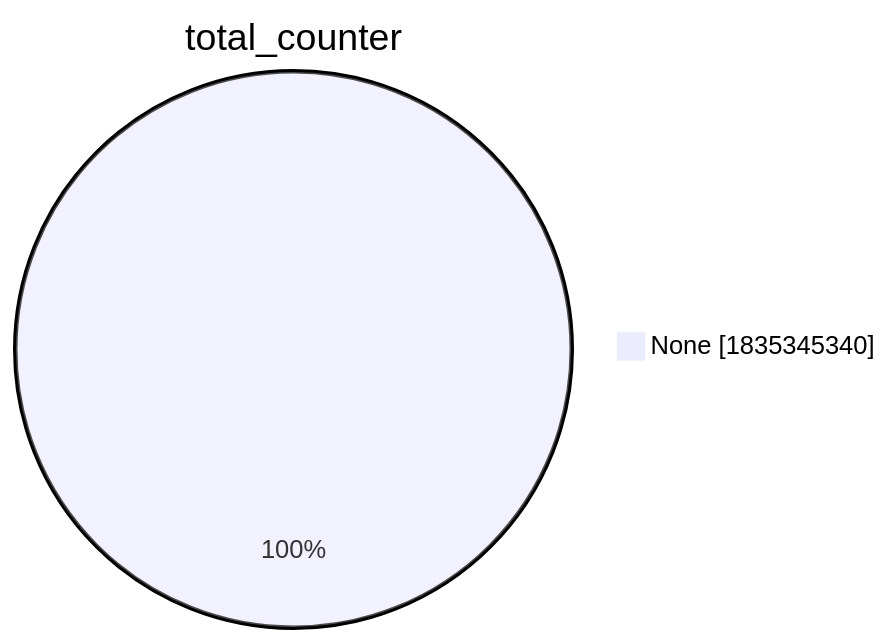
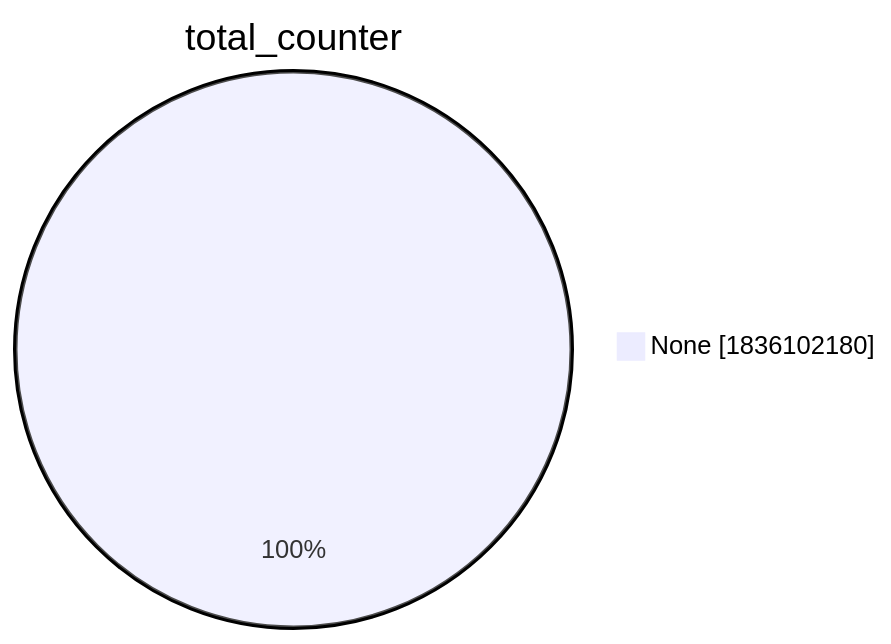
One commit to christiankrug/ctmonitor_visualization changed the second of 15 diagrams in xenon2022/README.md. Above: the diagram before and after it, drawn with Mermaid. The commit also changed other lines of this file, not shown here.

````diff
--- a/xenon2022/README.md
+++ b/xenon2022/README.md
@@ -9,5 +9,5 @@
 ```mermaid
 pie showData
 title total_counter
-"None" :1835345340
+"None" :1836102180
 ```
````
